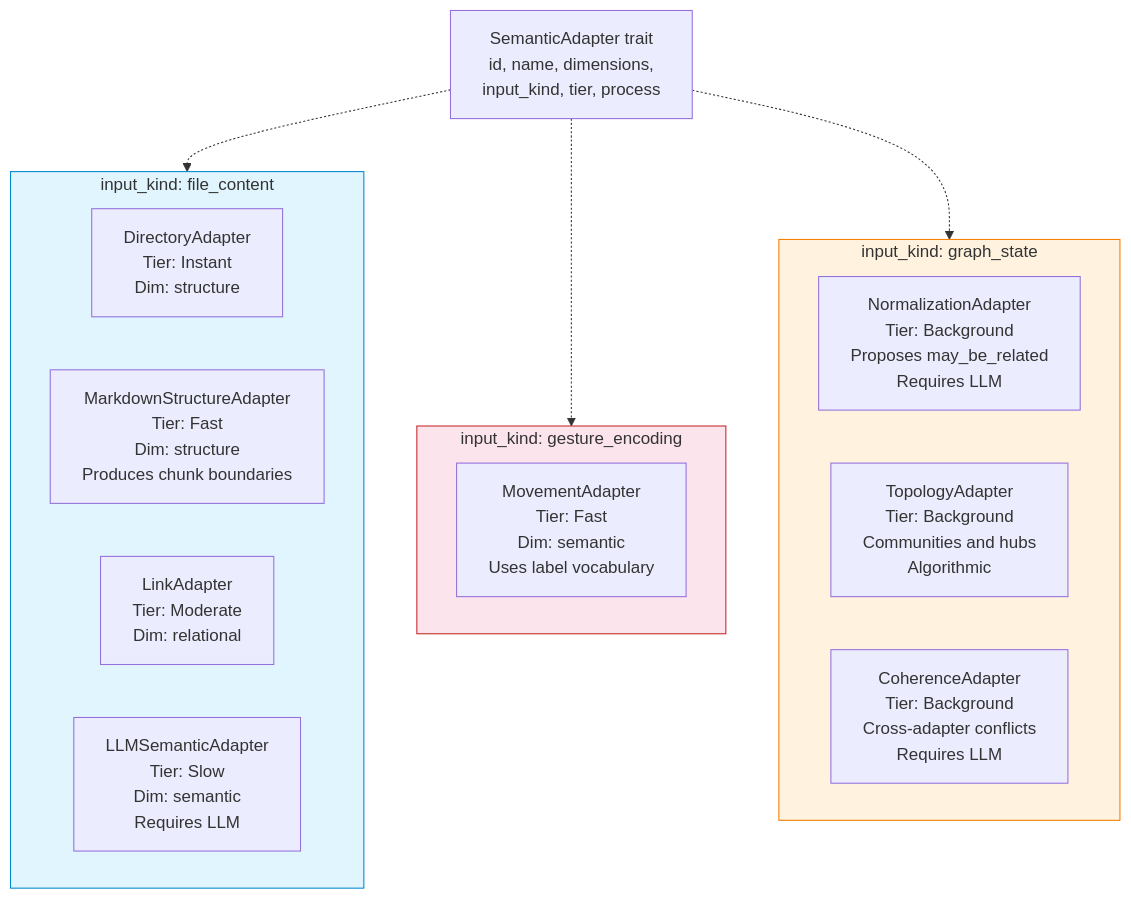
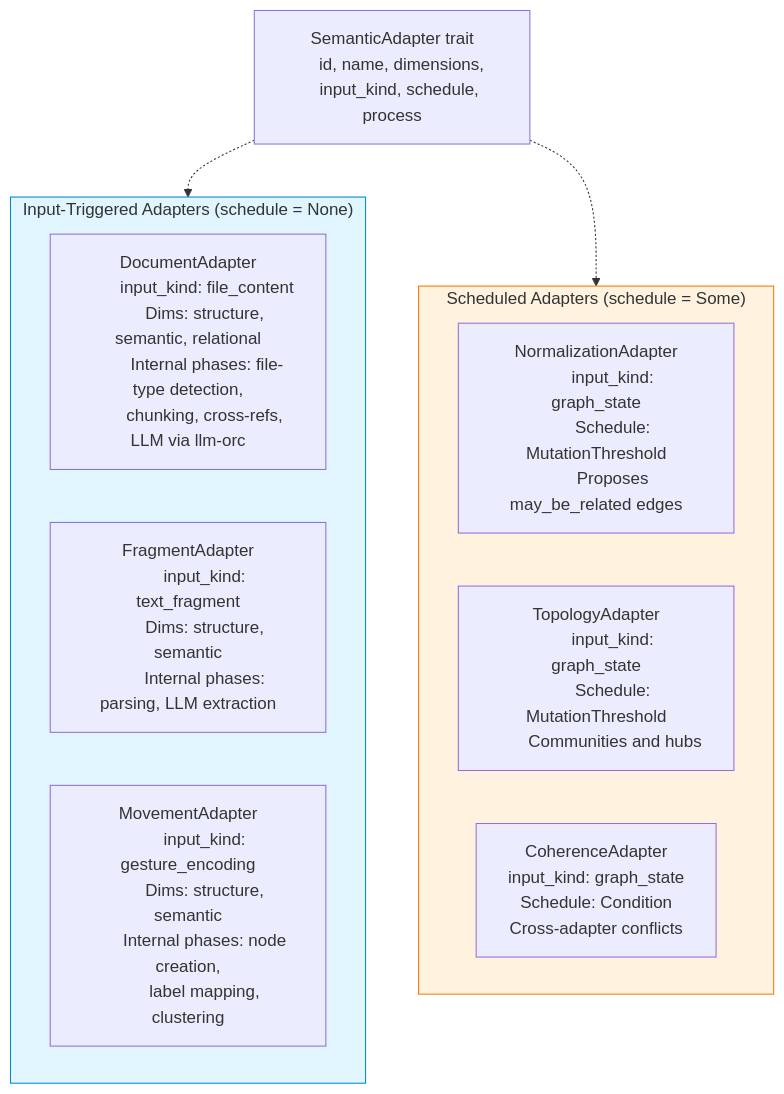
Before and after one commit to nrgforge/plexus: the eighth of 13 diagrams in docs/semantic-adapters-diagrams.md, drawn with Mermaid. The commit also changed other lines of this file and 2 other files, not shown here.

First line of the commit message:
docs: revise adapter design — coarse-grained, sink-based, scheduled

````diff
--- a/docs/semantic-adapters-diagrams.md
+++ b/docs/semantic-adapters-diagrams.md
@@ -430,55 +431,46 @@
 ```mermaid
 flowchart TB
     trait["SemanticAdapter trait
     id, name, dimensions,
-    input_kind, tier, process"]
+    input_kind, schedule, process"]
 
-    subgraph file_content ["input_kind: file_content"]
+    subgraph input_triggered ["Input-Triggered Adapters (schedule = None)"]
         direction LR
-        da["DirectoryAdapter
-        Tier: Instant
-        Dim: structure"]
-        msa["MarkdownStructureAdapter
-        Tier: Fast
-        Dim: structure
-        Produces chunk boundaries"]
-        la["LinkAdapter
-        Tier: Moderate
-        Dim: relational"]
-        llm["LLMSemanticAdapter
-        Tier: Slow
-        Dim: semantic
-        Requires LLM"]
+        da["DocumentAdapter
+        input_kind: file_content
+        Dims: structure, semantic, relational
+        Internal phases: file-type detection,
+        chunking, cross-refs, LLM via llm-orc"]
+        fa["FragmentAdapter
+        input_kind: text_fragment
+        Dims: structure, semantic
+        Internal phases: parsing, LLM extraction"]
+        ma["MovementAdapter
+        input_kind: gesture_encoding
+        Dims: structure, semantic
+        Internal phases: node creation,
+        label mapping, clustering"]
     end
 
-    subgraph gesture_encoding ["input_kind: gesture_encoding"]
-        ma["MovementAdapter
-        Tier: Fast
-        Dim: semantic
-        Uses label vocabulary"]
+    subgraph scheduled ["Scheduled Adapters (schedule = Some)"]
+        direction LR
+        na["NormalizationAdapter
+        input_kind: graph_state
+        Schedule: MutationThreshold
+        Proposes may_be_related edges"]
+        ta["TopologyAdapter
+        input_kind: graph_state
+        Schedule: MutationThreshold
+        Communities and hubs"]
+        ca["CoherenceAdapter
+        input_kind: graph_state
+        Schedule: Condition
+        Cross-adapter conflicts"]
     end
 
-    subgraph graph_state ["input_kind: graph_state"]
-        direction LR
-        na["NormalizationAdapter
-        Tier: Background
-        Proposes may_be_related
-        Requires LLM"]
-        ta["TopologyAdapter
-        Tier: Background
-        Communities and hubs
-        Algorithmic"]
-        ca["CoherenceAdapter
-        Tier: Background
-        Cross-adapter conflicts
-        Requires LLM"]
-    end
+    trait -.-> input_triggered
+    trait -.-> scheduled
 
-    trait -.-> file_content
-    trait -.-> gesture_encoding
-    trait -.-> graph_state
-
-    style file_content fill:#e1f5fe,stroke:#0288d1
-    style gesture_encoding fill:#fce4ec,stroke:#c62828
-    style graph_state fill:#fff3e0,stroke:#f57c00
+    style input_triggered fill:#e1f5fe,stroke:#0288d1
+    style scheduled fill:#fff3e0,stroke:#f57c00
 ```
````
